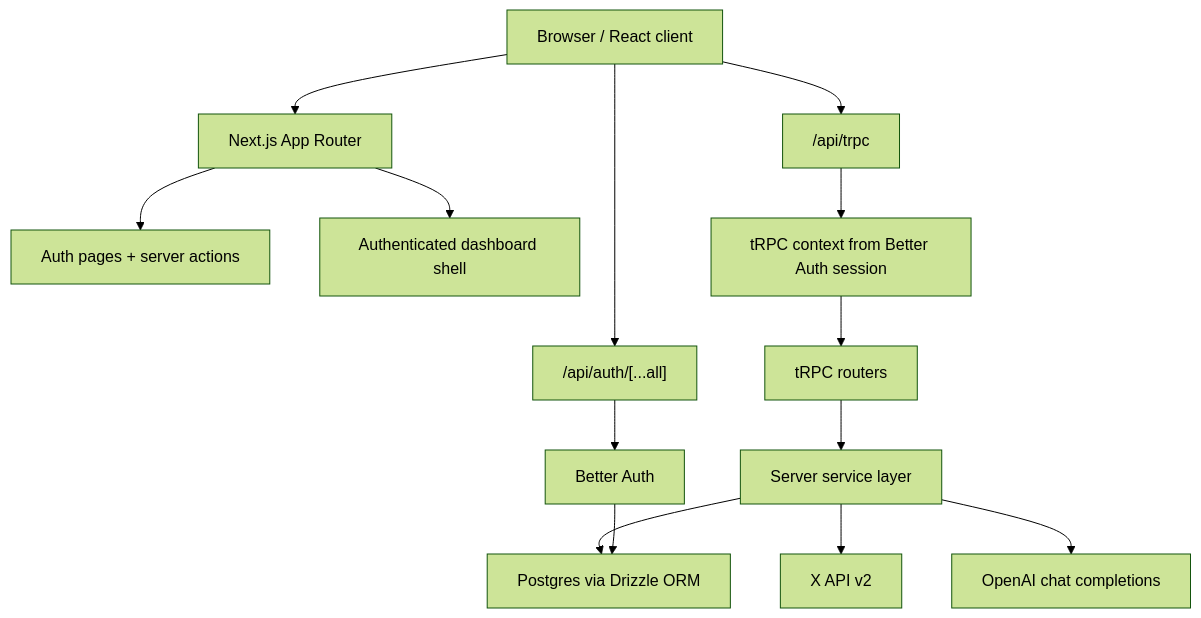
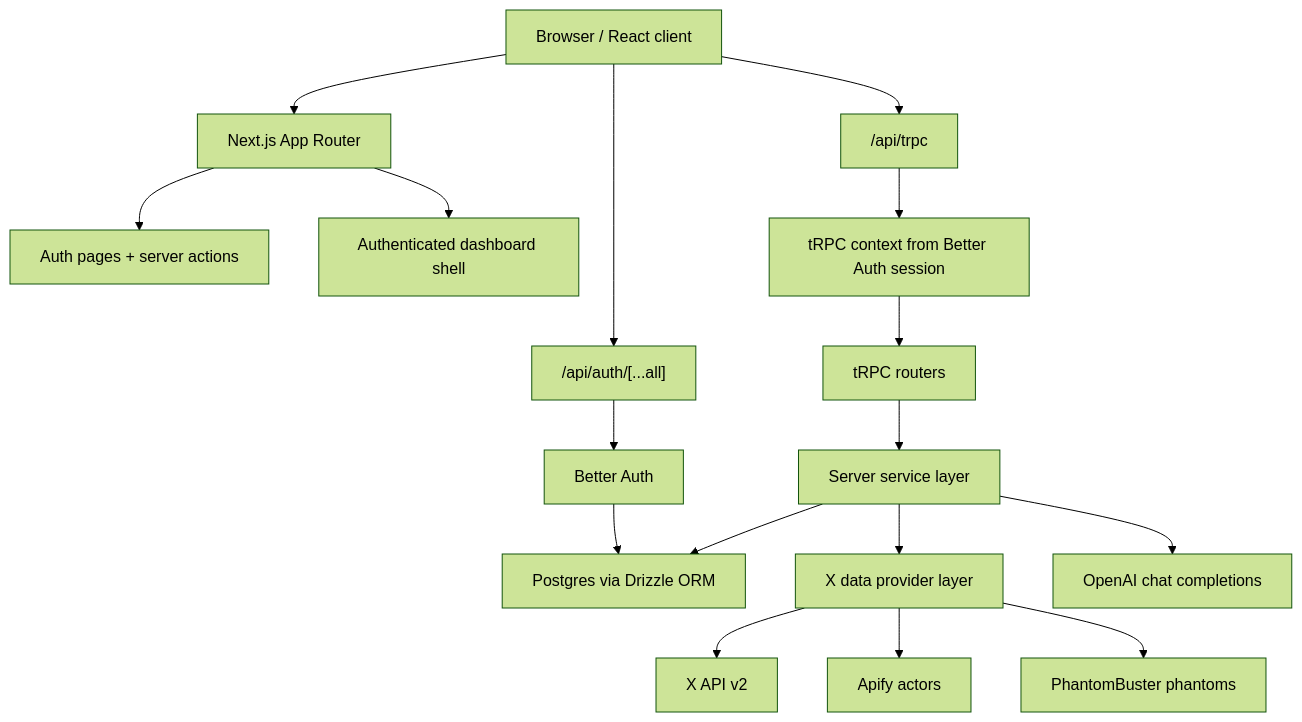
One commit to LeventySeven/skaledotai changed the diagram in CURRENT_ARCHITECTURE.md. Above: the diagram before and after it, drawn with Mermaid (forest theme). The commit also changed other lines of this file and 21 other files, not shown here.

Commit message:
x api/apify/phantombuster

````diff
--- a/CURRENT_ARCHITECTURE.md
+++ b/CURRENT_ARCHITECTURE.md
@@ -20,16 +20,19 @@
 ```mermaid
 flowchart TD
   Browser["Browser / React client"] --> AppRouter["Next.js App Router"]
   AppRouter --> AuthPages["Auth pages + server actions"]
   AppRouter --> MainShell["Authenticated dashboard shell"]
   Browser --> TRPC["/api/trpc"]
   TRPC --> Context["tRPC context from Better Auth session"]
   Context --> Routers["tRPC routers"]
   Routers --> Services["Server service layer"]
   Services --> DB["Postgres via Drizzle ORM"]
-  Services --> XAPI["X API v2"]
+  Services --> XProvider["X data provider layer"]
+  XProvider --> XAPI["X API v2"]
+  XProvider --> Apify["Apify actors"]
+  XProvider --> Phantom["PhantomBuster phantoms"]
   Services --> OpenAI["OpenAI chat completions"]
   Browser --> BetterAuthRoute["/api/auth/[...all]"]
   BetterAuthRoute --> BetterAuth["Better Auth"]
   BetterAuth --> DB
 ```
````
